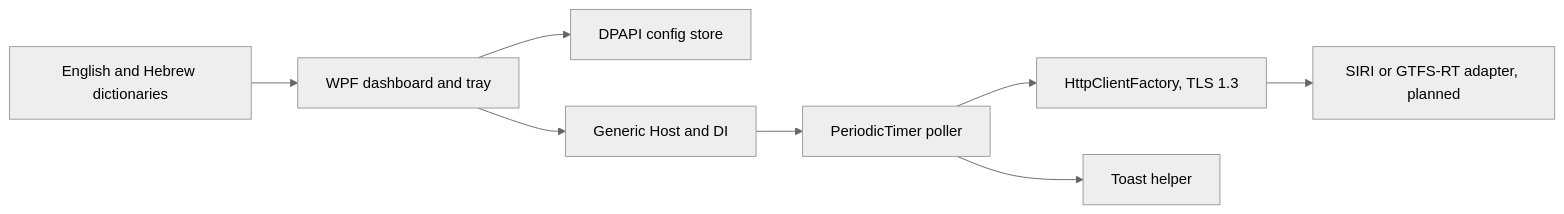
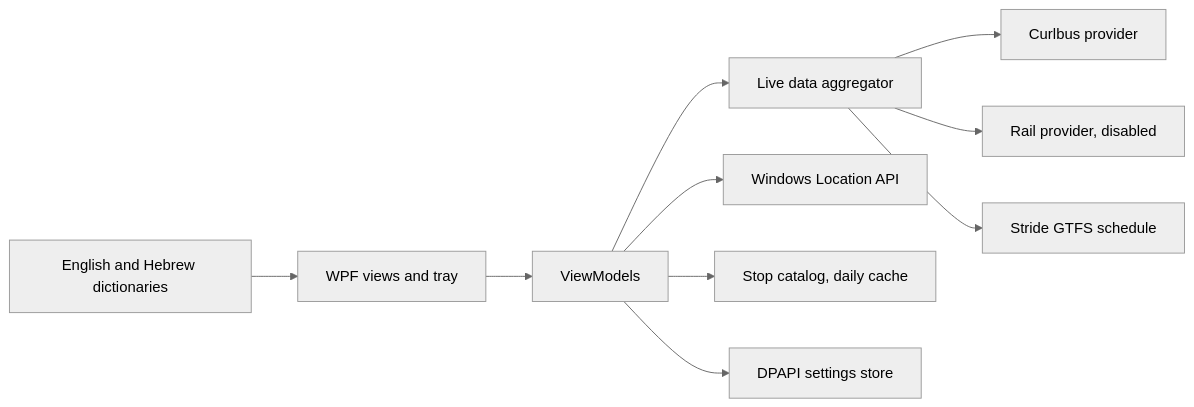
The diagram in README.md (DavidHorvitz/NextBusAgent), drawn with Mermaid (neutral theme) before and after one commit. The commit also changed other lines of this file and 6 other files, not shown here.

````diff
--- a/README.md
+++ b/README.md
@@ -22,10 +22,12 @@
 ```mermaid
 flowchart LR
-  UI[WPF dashboard and tray] --> CFG[DPAPI config store]
-  UI --> HOST[Generic Host and DI]
-  HOST --> TIMER[PeriodicTimer poller]
-  TIMER --> HTTP[HttpClientFactory, TLS 1.3]
-  HTTP --> API[SIRI or GTFS-RT adapter, planned]
-  TIMER --> TOAST[Toast helper]
+  UI[WPF views and tray] --> VM[ViewModels]
+  VM --> AGG[Live data aggregator]
+  VM --> LOC[Windows Location API]
+  VM --> CAT[Stop catalog, daily cache]
+  AGG --> CURL[Curlbus provider]
+  AGG --> RAIL[Rail provider, disabled]
+  AGG --> SCHED[Stride GTFS schedule]
+  VM --> CFG[DPAPI settings store]
   RES[English and Hebrew dictionaries] --> UI
 ```
````
